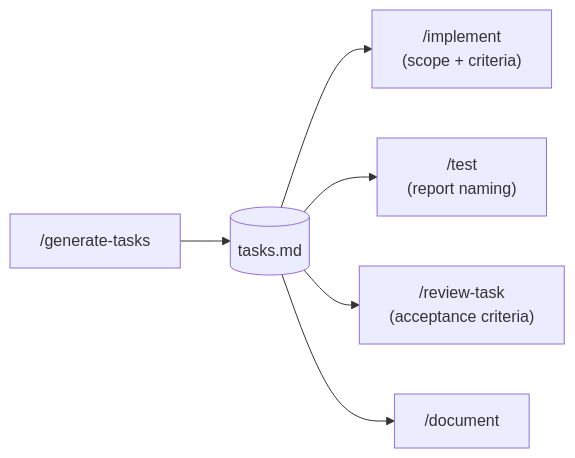
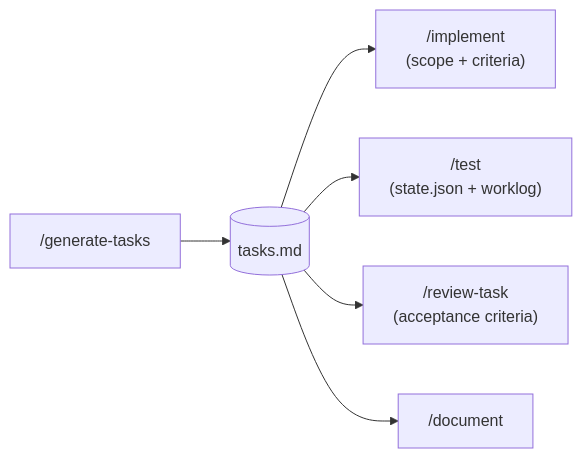
The second of 2 diagrams in docs/workflows/commands.md (bredmond1019/agentic-base-template), drawn with Mermaid before and after one commit. The commit also changed other lines of this file and 1 other file, not shown here.

Commit message:
docs: update docs for BT.ticket.phase-commands-adopt-worklog

````diff
--- a/docs/workflows/commands.md
+++ b/docs/workflows/commands.md
@@ -75,8 +77,8 @@
 ```mermaid
 flowchart LR
     gt["/generate-tasks"] --> spec[("tasks.md")]
     spec --> impl["/implement<br/>(scope + criteria)"]
-    spec --> test["/test<br/>(report naming)"]
+    spec --> test["/test<br/>(state.json + worklog)"]
     spec --> rev["/review-task<br/>(acceptance criteria)"]
     spec --> doc["/document"]
 ```
````
